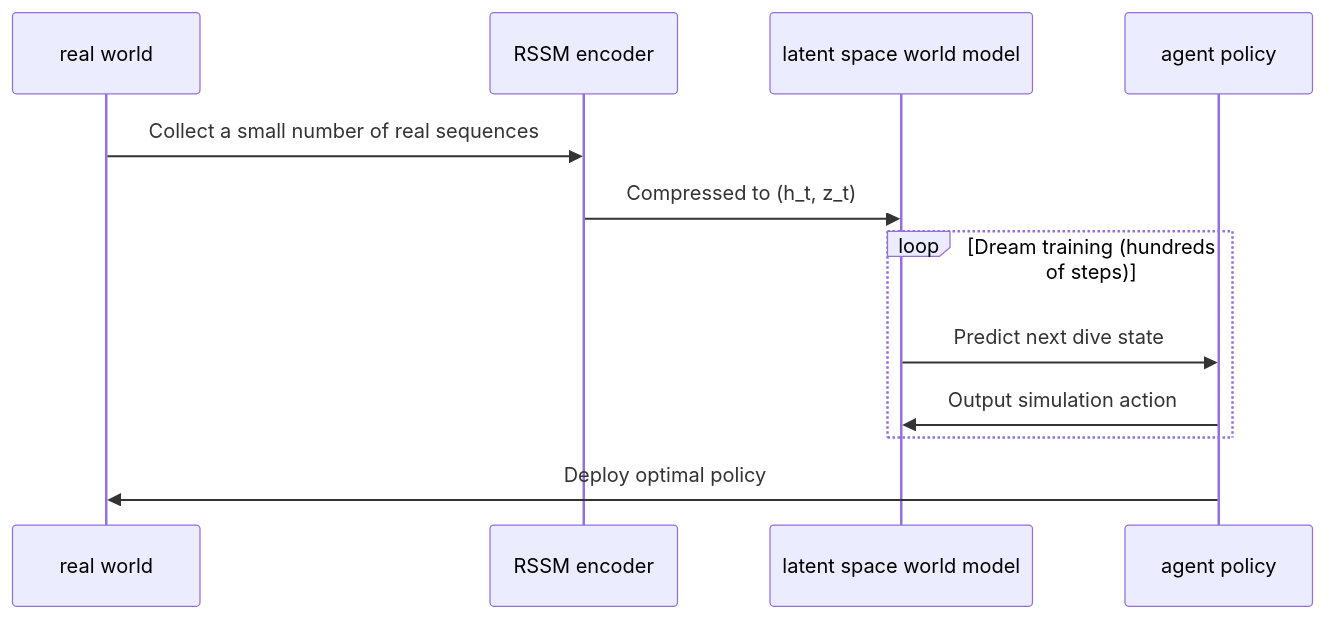
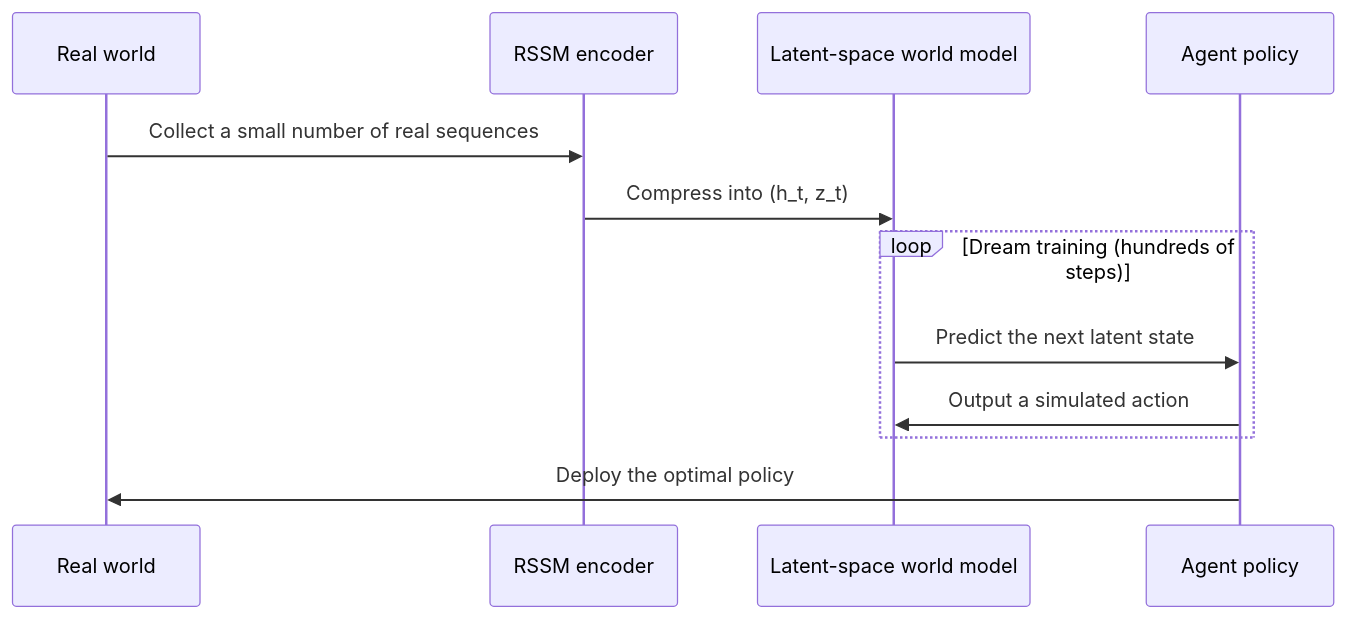
The sixth of 24 diagrams in _translations/en/research/Reinforcement-Learning-Survey.md (TingdeLiu/tingdeliu.github.io), drawn with Mermaid before and after one commit. The commit also changed other lines of this file and 51 other files, not shown here.

````diff
--- a/_translations/en/research/Reinforcement-Learning-Survey.md
+++ b/_translations/en/research/Reinforcement-Learning-Survey.md
@@ -590,15 +590,15 @@
 ```mermaid
 sequenceDiagram
-    participant RealWorld as real world
+    participant RealWorld as Real world
     participant Encoder as RSSM encoder
-    participant Latent as latent space world model
-    participant Agent as agent policy
+    participant Latent as Latent-space world model
+    participant Agent as Agent policy
 
     RealWorld->>Encoder: Collect a small number of real sequences
-    Encoder->>Latent: Compressed to (h_t, z_t)
+    Encoder->>Latent: Compress into (h_t, z_t)
     loop Dream training (hundreds of steps)
-        Latent->>Agent: Predict next dive state
-        Agent->>Latent: Output simulation action
+        Latent->>Agent: Predict the next latent state
+        Agent->>Latent: Output a simulated action
     end
-    Agent->>RealWorld: Deploy optimal policy
+    Agent->>RealWorld: Deploy the optimal policy
 ```
````
